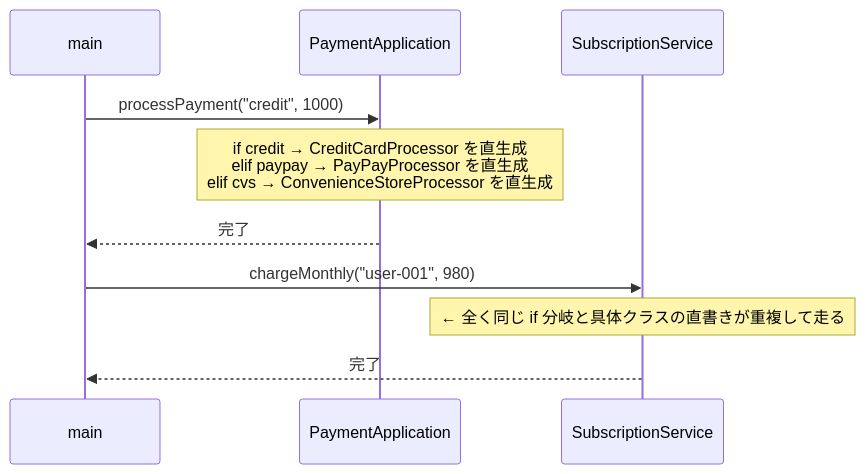
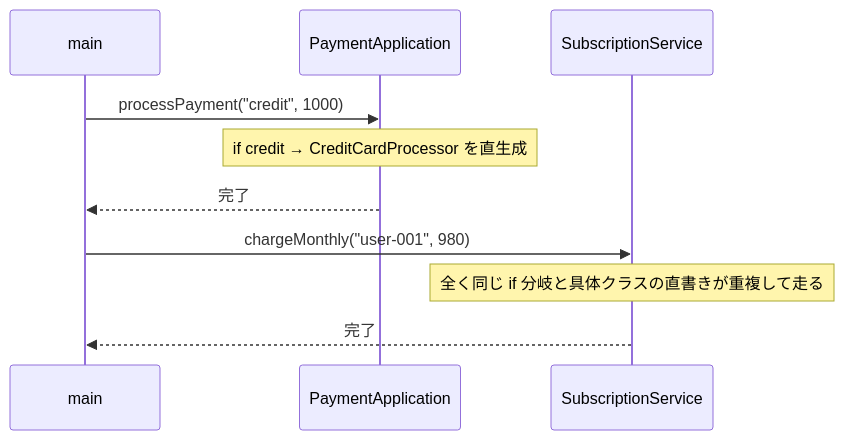
The fifth of 13 diagrams in kindle/design-patterns/output/chapter08.md (kumachan1101-pixel/DesignPattern), drawn with Mermaid before and after one commit. The commit also changed other lines of this file and 2 other files, not shown here.

````diff
--- a/kindle/design-patterns/output/chapter08.md
+++ b/kindle/design-patterns/output/chapter08.md
@@ -481,12 +533,12 @@
 ```mermaid
 sequenceDiagram
     participant main
     participant PA as PaymentApplication
     participant SS as SubscriptionService
     main->>PA: processPayment("credit", 1000)
-    Note over PA: if credit → CreditCardProcessor を直生成<br/>elif paypay → PayPayProcessor を直生成<br/>elif cvs → ConvenienceStoreProcessor を直生成
+    Note over PA: if credit → CreditCardProcessor を直生成
     PA-->>main: 完了
     main->>SS: chargeMonthly("user-001", 980)
-    Note over SS: ← 全く同じ if 分岐と具体クラスの直書きが重複して走る
+    Note over SS: 全く同じ if 分岐と具体クラスの直書きが重複して走る
     SS-->>main: 完了
 ```
````
